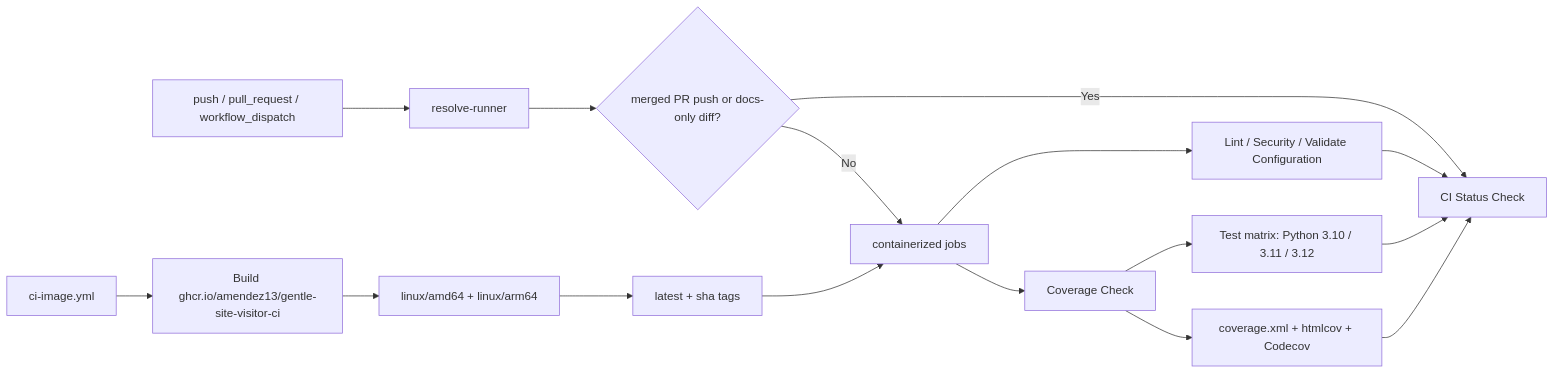
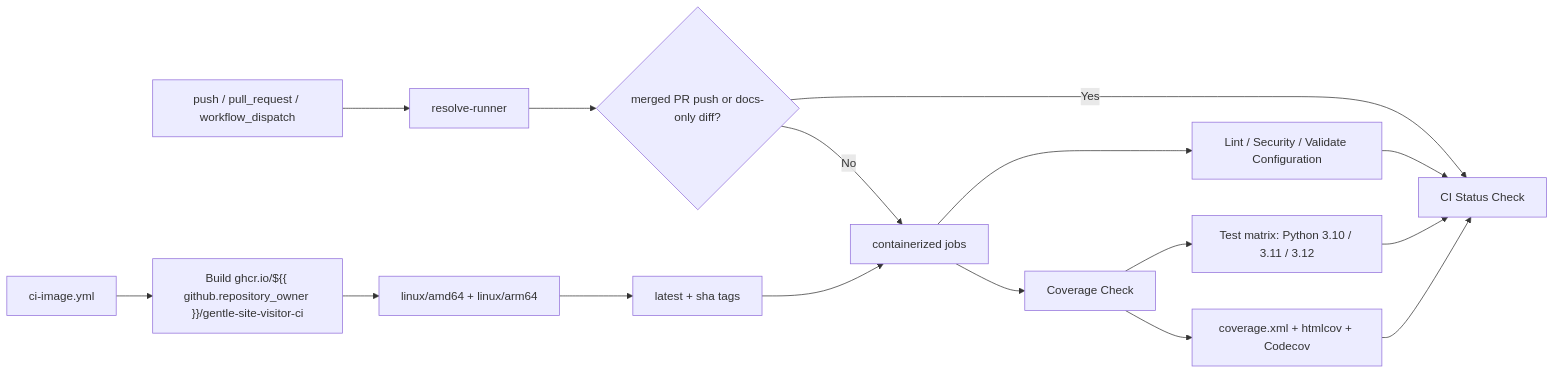
One commit to amendez13/gentle-site-visitor changed the diagram in docs/CI.md. Above: the diagram before and after it, drawn with Mermaid. The commit also changed other lines of this file and 5 other files, not shown here.

Commit message:
docs: generalize repository owner references

````diff
--- a/docs/CI.md
+++ b/docs/CI.md
@@ -135,19 +135,19 @@
 ```mermaid
 flowchart LR
     A["push / pull_request / workflow_dispatch"] --> B["resolve-runner"]
     B --> B1{"merged PR push or docs-only diff?"}
     B1 -- Yes --> H["CI Status Check"]
     B1 -- No --> C["containerized jobs"]
     C --> D["Coverage Check"]
     C --> E["Lint / Security / Validate Configuration"]
     D --> F["Test matrix: Python 3.10 / 3.11 / 3.12"]
     D --> G["coverage.xml + htmlcov + Codecov"]
     E --> H
     F --> H
     G --> H
 
-    I["ci-image.yml"] --> J["Build ghcr.io/amendez13/gentle-site-visitor-ci"]
+    I["ci-image.yml"] --> J["Build ghcr.io/${{ github.repository_owner }}/gentle-site-visitor-ci"]
     J --> K["linux/amd64 + linux/arm64"]
     K --> L["latest + sha tags"]
     L --> C
 ```
````
